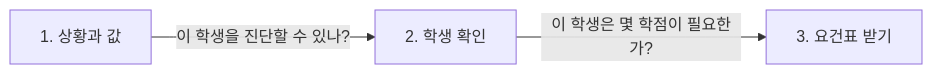
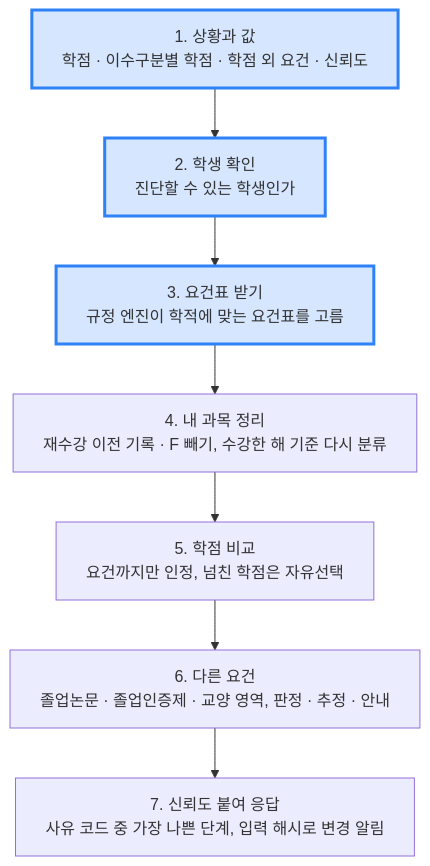
Before and after one commit to ChildrenAon/TIL: the diagram in 2026/November/11-17.md, drawn with Mermaid. The commit also changed other lines of this file, not shown here.

Commit message:
[ONE Student] 졸업 진단 응답 · 학생 확인 · 엔진과 서비스 분리
고침: 학습 순서 흐름을 기능 전체 흐름 도식으로 바꿈

````diff
--- a/2026/November/11-17.md
+++ b/2026/November/11-17.md
@@ -12,6 +12,12 @@
 ```mermaid
 %%{init: {"flowchart": {"wrappingWidth": 600}, "themeCSS": ".edgeLabel div { display: table-cell !important; width: auto !important; max-width: none !important; white-space: nowrap !important; } .edgeLabel p { padding: 5px 12px !important; margin: 0 !important; background: #55555599; } .edgeLabel, .edgeLabel span, .edgeLabel .labelBkg { background: transparent !important; }"}}%%
-flowchart LR
-  A["1. 상황과 값"] -->|"이 학생을 진단할 수 있나?"| B["2. 학생 확인"]
-  B -->|"이 학생은 몇 학점이 필요한가?"| C["3. 요건표 받기"]
+flowchart TD
+  A["1. 상황과 값<br/>학점 · 이수구분별 학점 · 학점 외 요건 · 신뢰도"] --> B["2. 학생 확인<br/>진단할 수 있는 학생인가"]
+  B --> C["3. 요건표 받기<br/>규정 엔진이 학적에 맞는 요건표를 고름"]
+  C --> D["4. 내 과목 정리<br/>재수강 이전 기록 · F 빼기, 수강한 해 기준 다시 분류"]
+  D --> E["5. 학점 비교<br/>요건까지만 인정, 넘친 학점은 자유선택"]
+  E --> F["6. 다른 요건<br/>졸업논문 · 졸업인증제 · 교양 영역, 판정 · 추정 · 안내"]
+  F --> G["7. 신뢰도 붙여 응답<br/>사유 코드 중 가장 나쁜 단계, 입력 해시로 변경 알림"]
+  classDef seen fill:#2f81f733,stroke:#2f81f7,stroke-width:3px
+  class A,B,C seen
 ```
````
